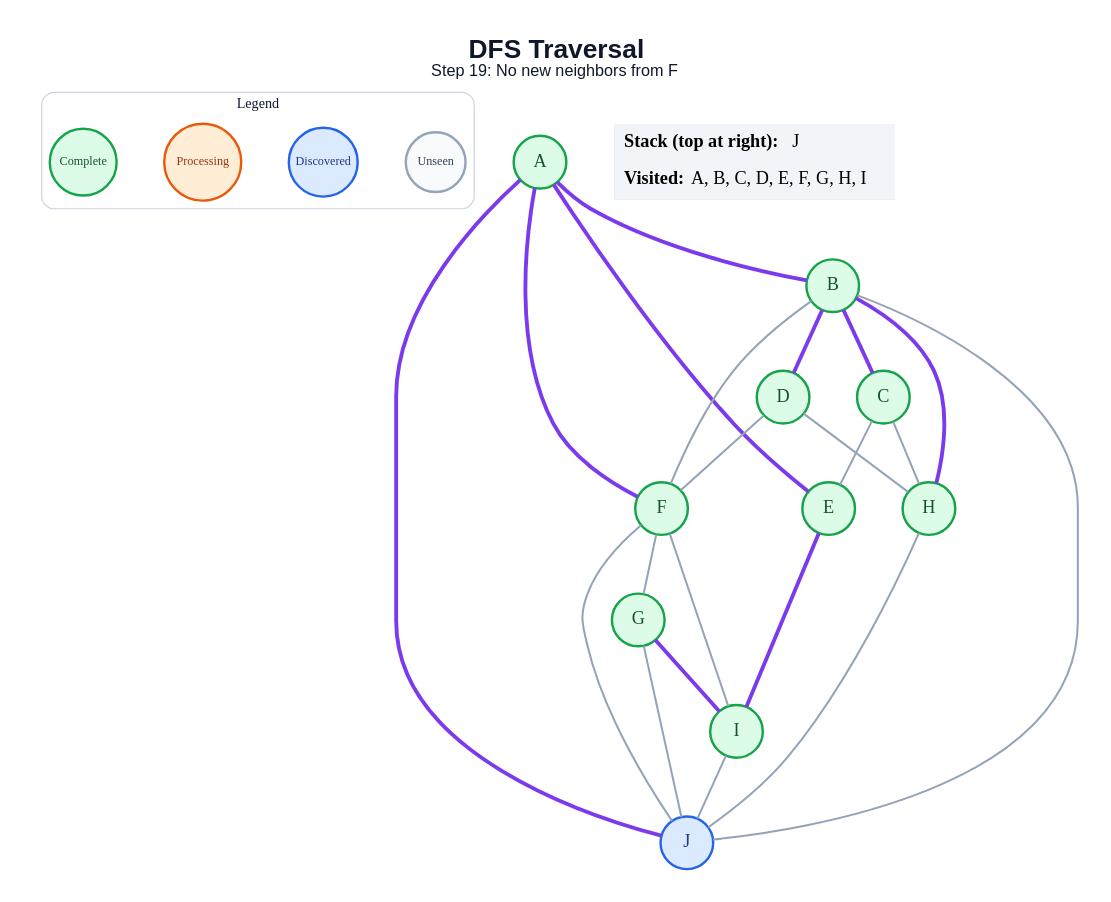
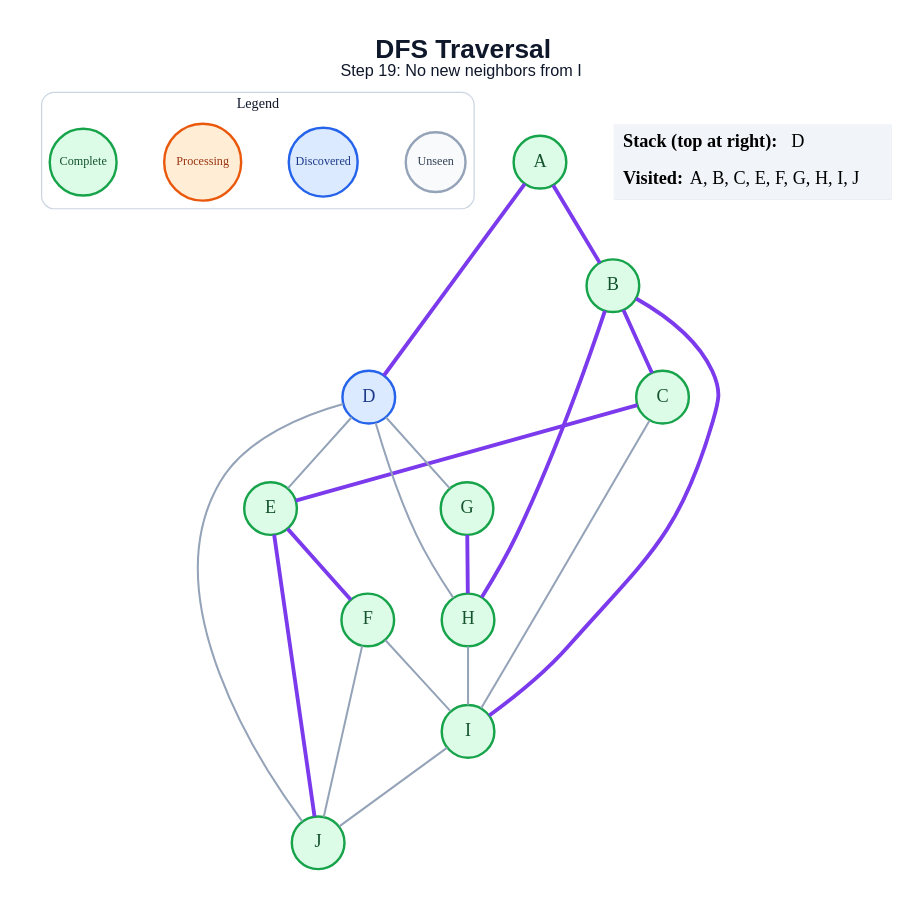
Before and after one commit to amanghodawala9/ai-slop: the diagram in generated/dfs/step_19.dot, drawn with Graphviz. The commit also changed 178 other files, not shown here.

```diff
--- a/generated/dfs/step_19.dot
+++ b/generated/dfs/step_19.dot
@@ -1,50 +1,47 @@
 graph traversal {
   graph [layout=dot, rankdir=TB, bgcolor="#FFFFFF", pad="0.35", nodesep="0.65", ranksep="0.8", fontname="Arial"];
   node [shape=circle, style="filled", fontname="Arial Bold", fontsize=18, width=0.72, fixedsize=true, penwidth=2.4];
   edge [color="#94A3B8", penwidth=2.0];
-  label=<<B>DFS Traversal</B><BR/><FONT POINT-SIZE="16">Step 19: No new neighbors from F</FONT>>; labelloc="t"; fontsize=26; fontname="Arial"; fontcolor="#0F172A";
+  label=<<B>DFS Traversal</B><BR/><FONT POINT-SIZE="16">Step 19: No new neighbors from I</FONT>>; labelloc="t"; fontsize=26; fontname="Arial"; fontcolor="#0F172A";
   subgraph cluster_legend { label="Legend"; color="#CBD5E1"; penwidth=1.2; style="rounded"; fontsize=14; fontname="Arial Bold";
     key_unseen [label="Unseen", fillcolor="#F8FAFC", color="#94A3B8", fontcolor="#334155", fontsize=12, width=0.82];
     key_frontier [label="Discovered", fillcolor="#DBEAFE", color="#2563EB", fontcolor="#1E3A8A", fontsize=12, width=0.95];
     key_current [label="Processing", fillcolor="#FFEDD5", color="#EA580C", fontcolor="#9A3412", fontsize=12, width=1.05];
     key_done [label="Complete", fillcolor="#DCFCE7", color="#16A34A", fontcolor="#14532D", fontsize=12, width=0.92];
     { rank=same; key_unseen; key_frontier; key_current; key_done; }
   }
   A [fillcolor="#DCFCE7", color="#16A34A", fontcolor="#14532D"];
   B [fillcolor="#DCFCE7", color="#16A34A", fontcolor="#14532D"];
   C [fillcolor="#DCFCE7", color="#16A34A", fontcolor="#14532D"];
-  D [fillcolor="#DCFCE7", color="#16A34A", fontcolor="#14532D"];
+  D [fillcolor="#DBEAFE", color="#2563EB", fontcolor="#1E3A8A"];
   E [fillcolor="#DCFCE7", color="#16A34A", fontcolor="#14532D"];
   F [fillcolor="#DCFCE7", color="#16A34A", fontcolor="#14532D"];
   G [fillcolor="#DCFCE7", color="#16A34A", fontcolor="#14532D"];
   H [fillcolor="#DCFCE7", color="#16A34A", fontcolor="#14532D"];
   I [fillcolor="#DCFCE7", color="#16A34A", fontcolor="#14532D"];
-  J [fillcolor="#DBEAFE", color="#2563EB", fontcolor="#1E3A8A"];
+  J [fillcolor="#DCFCE7", color="#16A34A", fontcolor="#14532D"];
   A -- B [color="#7C3AED", penwidth=3.8];
-  A -- E [color="#7C3AED", penwidth=3.8];
-  A -- F [color="#7C3AED", penwidth=3.8];
-  A -- J [color="#7C3AED", penwidth=3.8];
+  A -- D [color="#7C3AED", penwidth=3.8];
   B -- C [color="#7C3AED", penwidth=3.8];
-  B -- D [color="#7C3AED", penwidth=3.8];
-  B -- F;
   B -- H [color="#7C3AED", penwidth=3.8];
-  B -- J;
-  C -- E;
-  C -- H;
-  D -- F;
+  B -- I [color="#7C3AED", penwidth=3.8];
+  C -- E [color="#7C3AED", penwidth=3.8];
+  C -- I;
+  D -- E;
+  D -- G;
   D -- H;
-  E -- I [color="#7C3AED", penwidth=3.8];
-  F -- G;
+  D -- J;
+  E -- F [color="#7C3AED", penwidth=3.8];
+  E -- J [color="#7C3AED", penwidth=3.8];
   F -- I;
   F -- J;
-  G -- I [color="#7C3AED", penwidth=3.8];
-  G -- J;
-  H -- J;
+  G -- H [color="#7C3AED", penwidth=3.8];
+  H -- I;
   I -- J;
   status [shape=plain, fixedsize=false, width=0, height=0, margin=0, label=<
     <TABLE BORDER="0" CELLBORDER="0" CELLPADDING="7" BGCOLOR="#F1F5F9">
-      <TR><TD ALIGN="LEFT"><B>Stack (top at right):</B> J</TD></TR>
-      <TR><TD ALIGN="LEFT"><B>Visited:</B> A, B, C, D, E, F, G, H, I</TD></TR>
+      <TR><TD ALIGN="LEFT"><B>Stack (top at right):</B> D</TD></TR>
+      <TR><TD ALIGN="LEFT"><B>Visited:</B> A, B, C, E, F, G, H, I, J</TD></TR>
     </TABLE>
   >];
 }
```
